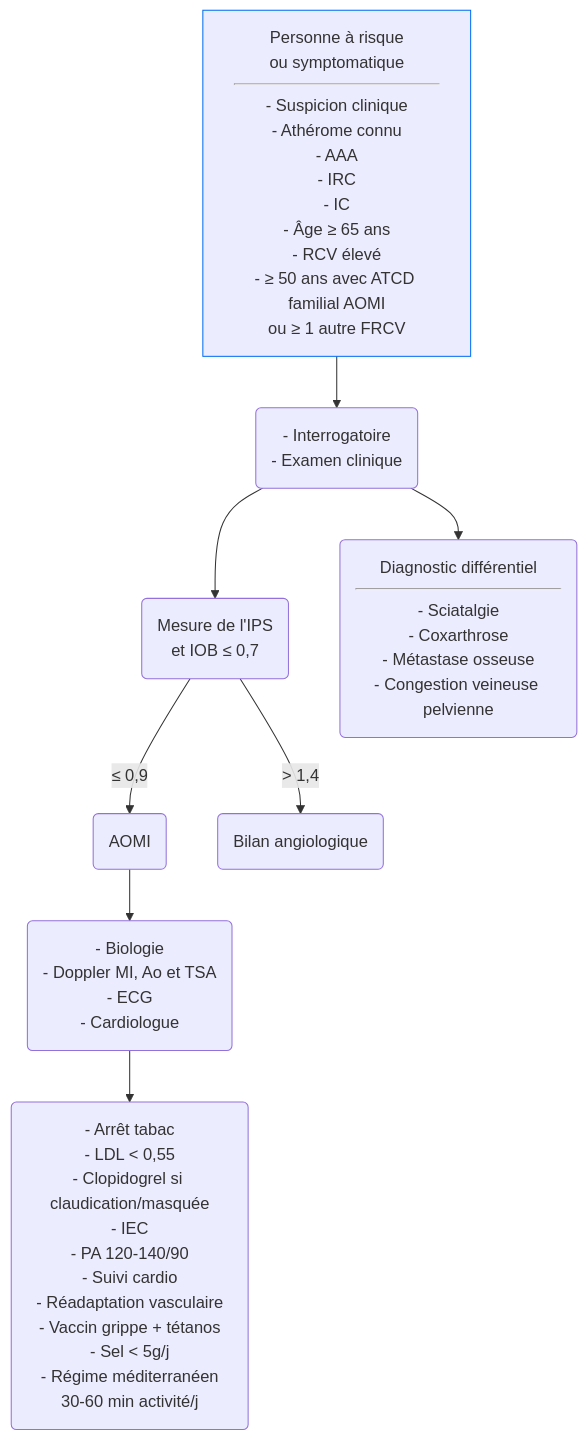
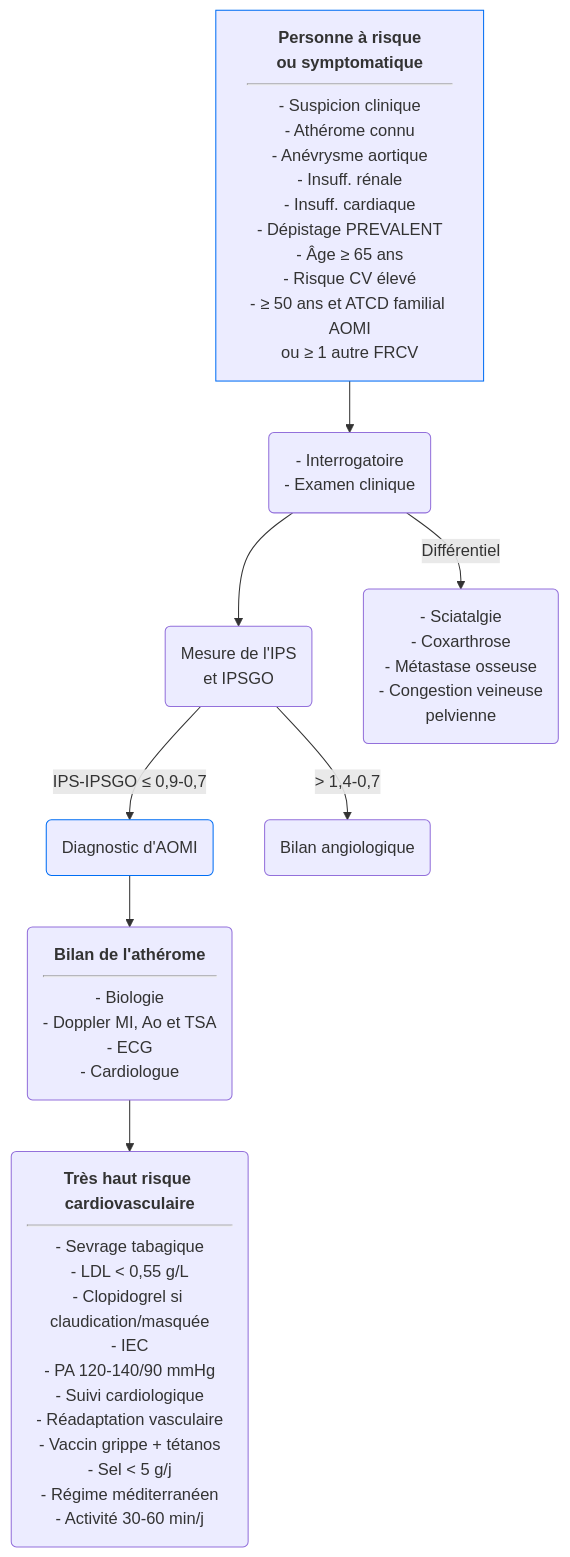
One commit to djibe/recommandations-medicales changed the diagram in content/recommandations/arteriopathie-obliterante-membres-inferieurs.md. Above: the diagram before and after it, drawn with Mermaid. The commit also changed other lines of this file and 7 other files, not shown here.

```diff
--- a/content/recommandations/arteriopathie-obliterante-membres-inferieurs.md
+++ b/content/recommandations/arteriopathie-obliterante-membres-inferieurs.md
@@ -258,12 +277,12 @@
 {{< mermaid title="Conduite à tenir pour le dépistage de l'AOMI. Dr JB FRON d'après SFMV 2020 et ESC 2017" >}}
 graph TB
-depister["Personne à risque<br>ou symptomatique<hr>- Suspicion clinique<br>- Athérome connu<br>- AAA<br>- IRC<br>- IC<br>- Âge &ge; 65 ans<br>- RCV élevé<br>- &ge; 50 ans avec ATCD familial AOMI<br>ou &ge; 1 autre FRCV"] --> clinique("- Interrogatoire<br>- Examen clinique")
+depister["<b>Personne à risque</b><br><b>ou symptomatique</b><hr>- Suspicion clinique<br>- Athérome connu<br>- Anévrysme aortique<br>- Insuff. rénale<br>- Insuff. cardiaque<br>- Dépistage PREVALENT<br>- Âge &ge; 65 ans<br>- Risque CV élevé<br>- &ge; 50 ans et ATCD familial AOMI<br>ou &ge; 1 autre FRCV"] --> clinique("- Interrogatoire<br>- Examen clinique")
 style depister stroke:#006ef4, stroke-width:1px
-  clinique --> ips("Mesure de l'IPS<br>et IOB &le; 0,7")
-    ips -- "&le; 0,9" --> AOMI(AOMI)
-      AOMI --> bilan("- Biologie<br>- Doppler MI, Ao et TSA<br>- ECG<br>- Cardiologue")
-        bilan --> ttt("- Arrêt tabac<br>- LDL &lt; 0,55<br>- Clopidogrel si claudication/masquée<br>- IEC<br>- PA 120-140/90<br>- Suivi cardio<br>- Réadaptation vasculaire<br>- Vaccin grippe + tétanos<br>- Sel &lt; 5g/j<br>- Régime méditerranéen<br>30-60 min activité/j")
-    ips -- "&gt; 1,4" --> doppler(Bilan angiologique)
-  clinique --> differentiel("Diagnostic différentiel<hr>- Sciatalgie<br>- Coxarthrose<br>- Métastase osseuse<br>- Congestion veineuse pelvienne")
-
+  clinique --> ips("Mesure de l'IPS<br>et IPSGO")
+    ips -- "IPS-IPSGO &le; 0,9-0,7" --> AOMI(Diagnostic d'AOMI)
+    style AOMI stroke:#006ef4, stroke-width:1px
+      AOMI --> bilan("<b>Bilan de l'athérome</b><hr>- Biologie<br>- Doppler MI, Ao et TSA<br>- ECG<br>- Cardiologue")
+        bilan --> ttt("<b>Très haut risque cardiovasculaire</b><hr>- Sevrage tabagique<br>- LDL &lt; 0,55 g/L<br>- Clopidogrel si claudication/masquée<br>- IEC<br>- PA 120-140/90 mmHg<br>- Suivi cardiologique<br>- Réadaptation vasculaire<br>- Vaccin grippe + tétanos<br>- Sel &lt; 5 g/j<br>- Régime méditerranéen<br>- Activité 30-60 min/j")
+    ips -- "&gt; 1,4-0,7" --> doppler(Bilan angiologique)
+  clinique -- Différentiel --> diff("- Sciatalgie<br>- Coxarthrose<br>- Métastase osseuse<br>- Congestion veineuse<br>pelvienne")
 {{< /mermaid >}}
```
